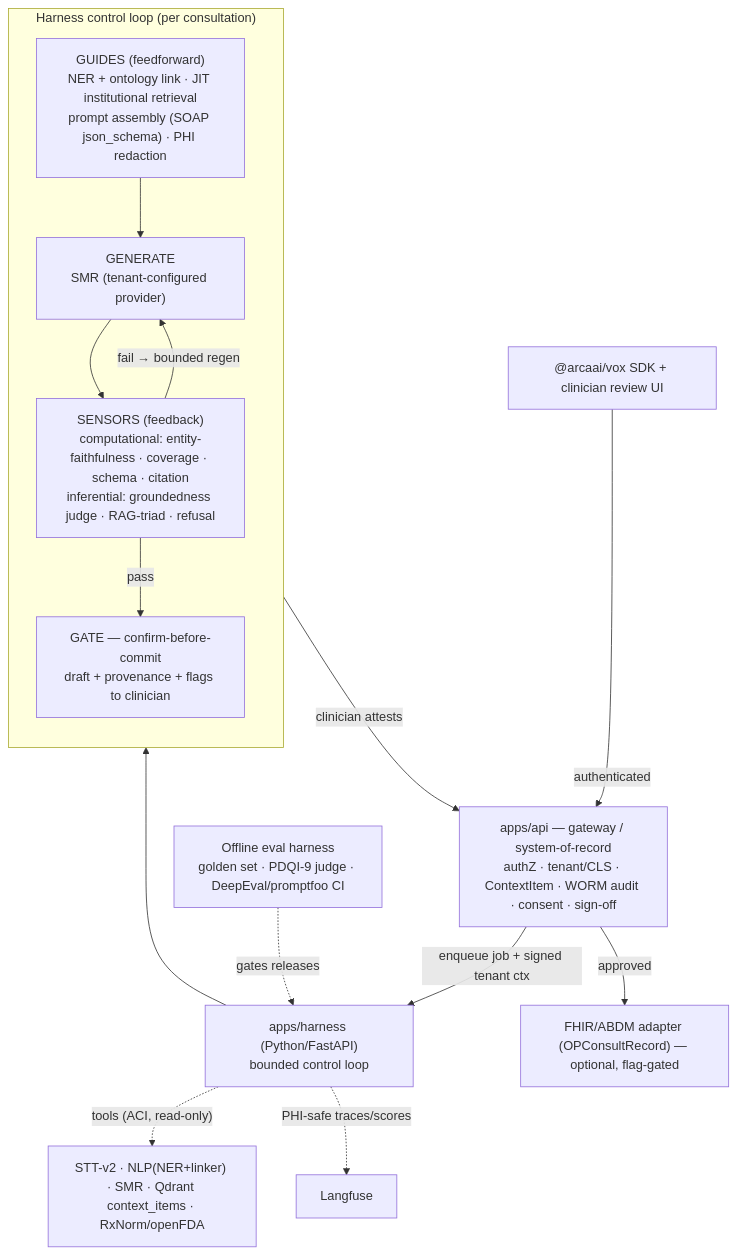
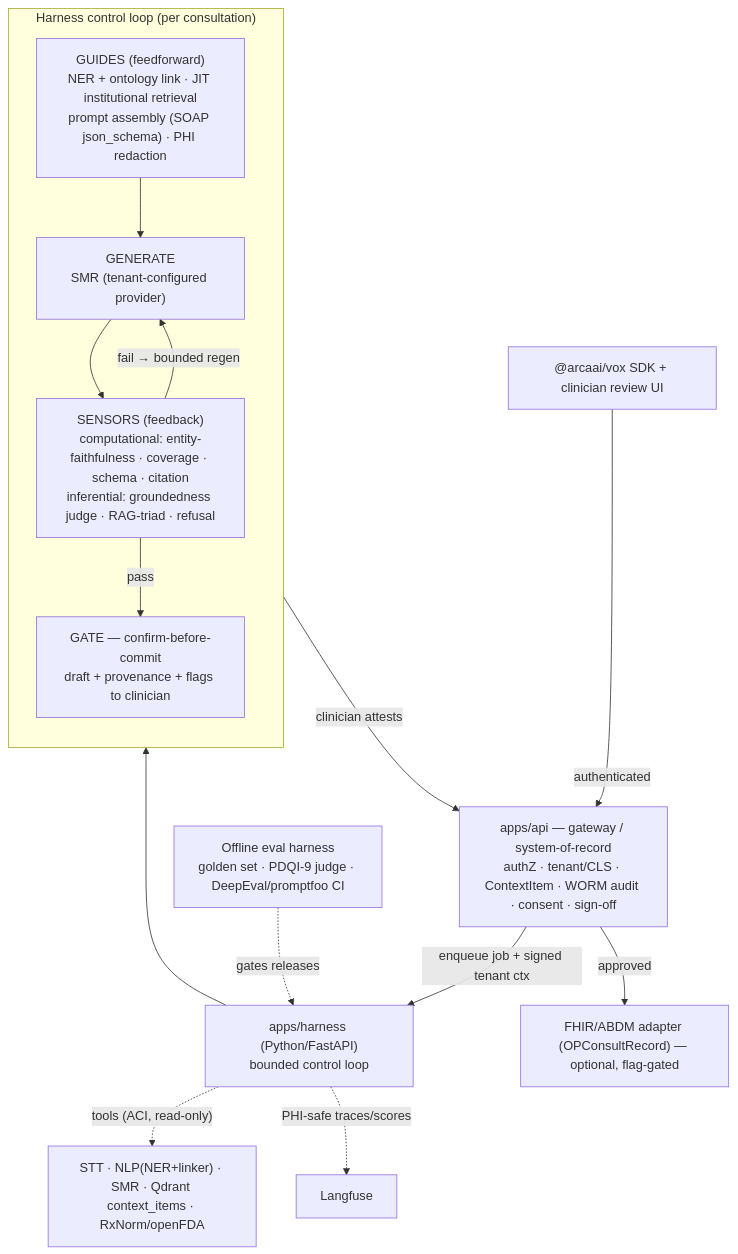
One commit to ArcaAI/vox-platform-study changed the first of 3 diagrams in docs/archive/TASK-330-Clinical-Documentation-Harness/README.md. Above: the diagram before and after it, drawn with Mermaid. The commit also changed other lines of this file and 1459 other files, not shown here.

````diff
--- a/docs/archive/TASK-330-Clinical-Documentation-Harness/README.md
+++ b/docs/archive/TASK-330-Clinical-Documentation-Harness/README.md
@@ -323,23 +323,23 @@
 ```mermaid
 flowchart TB
     SDK["@arcaai/vox SDK + clinician review UI"] -->|authenticated| API["apps/api — gateway / system-of-record\nauthZ · tenant/CLS · ContextItem · WORM audit · consent · sign-off"]
     API -->|"enqueue job + signed tenant ctx"| H["apps/harness (Python/FastAPI)\nbounded control loop"]
 
     subgraph LOOP["Harness control loop (per consultation)"]
       direction TB
       G["GUIDES (feedforward)\nNER + ontology link · JIT institutional retrieval\nprompt assembly (SOAP json_schema) · PHI redaction"]
       GEN["GENERATE\nSMR (tenant-configured provider)"]
       S["SENSORS (feedback)\ncomputational: entity-faithfulness · coverage · schema · citation\ninferential: groundedness judge · RAG-triad · refusal"]
       GATE["GATE — confirm-before-commit\ndraft + provenance + flags to clinician"]
       G --> GEN --> S
       S -->|pass| GATE
       S -->|"fail → bounded regen"| GEN
     end
 
     H --> LOOP
-    H -.->|"tools (ACI, read-only)"| TOOLS["STT-v2 · NLP(NER+linker) · SMR · Qdrant context_items · RxNorm/openFDA"]
+    H -.->|"tools (ACI, read-only)"| TOOLS["STT · NLP(NER+linker) · SMR · Qdrant context_items · RxNorm/openFDA"]
     GATE -->|"clinician attests"| API
     API -->|approved| FHIR["FHIR/ABDM adapter (OPConsultRecord) — optional, flag-gated"]
     H -.->|"PHI-safe traces/scores"| LF["Langfuse"]
     EVAL["Offline eval harness\ngolden set · PDQI-9 judge · DeepEval/promptfoo CI"] -.->|gates releases| H
 ```
````
